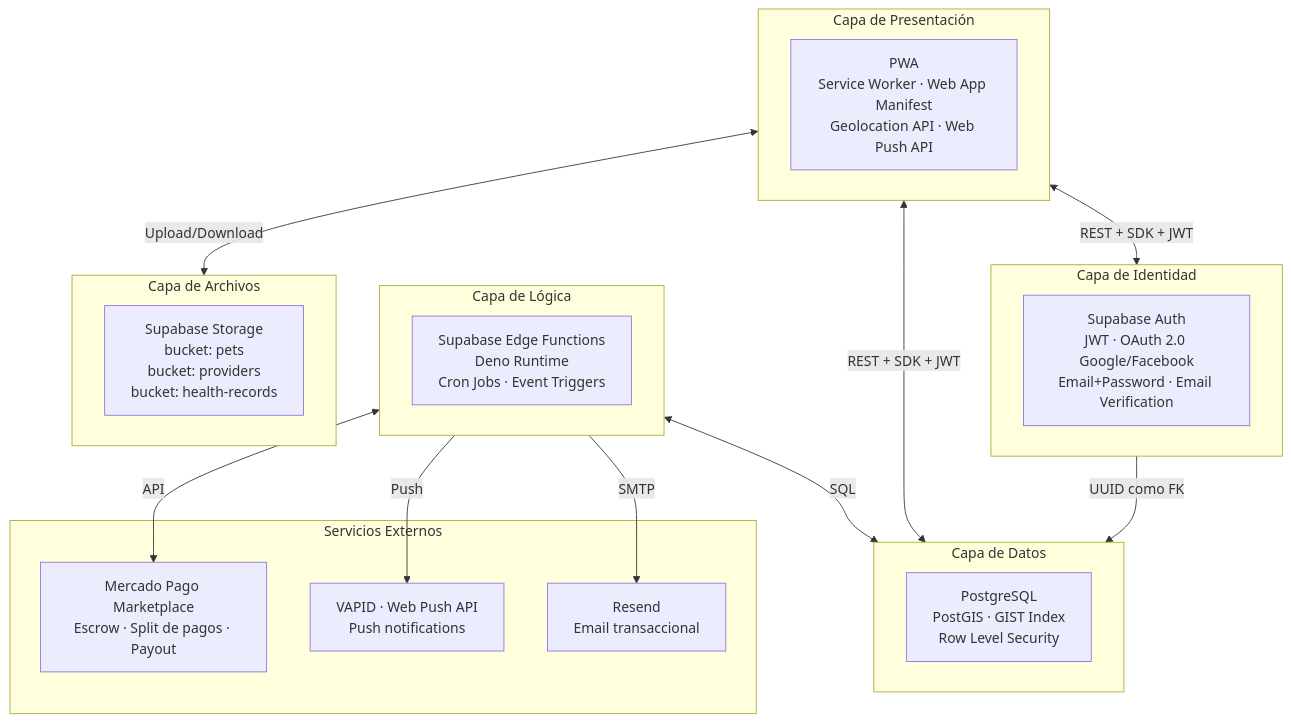
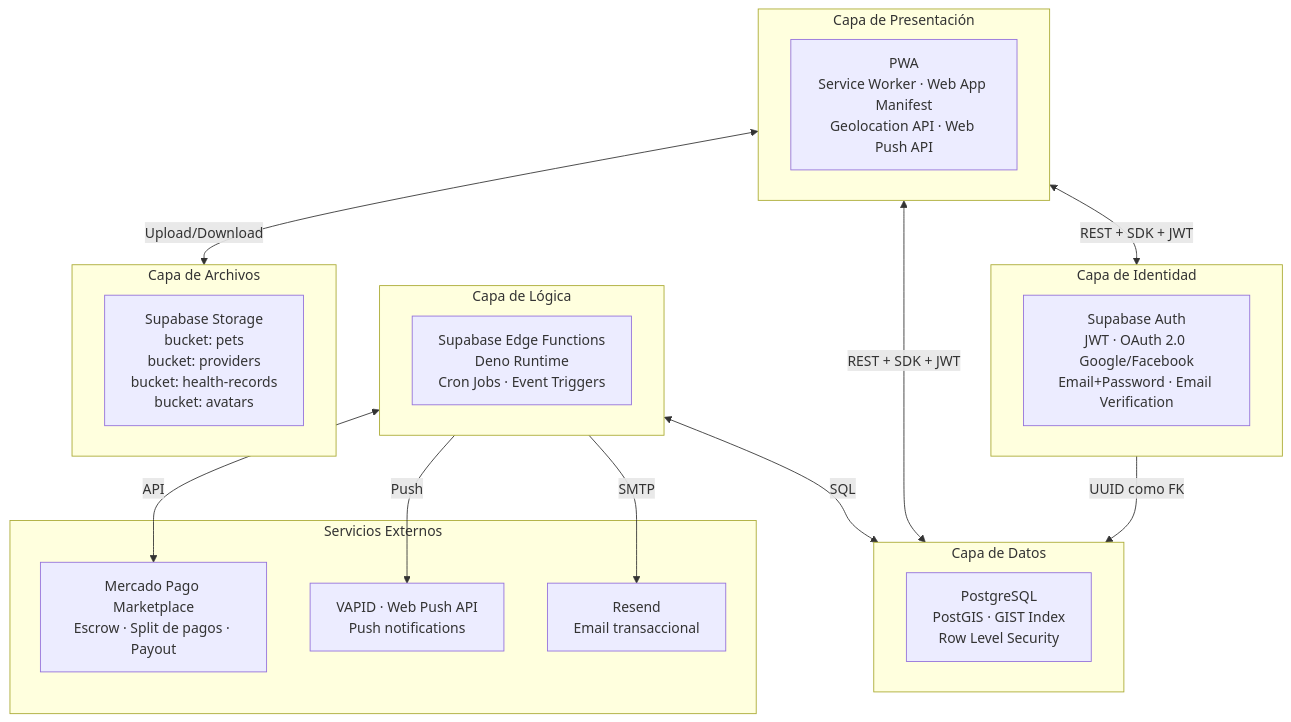
One commit to NachoGonzalezParks/Appatitas changed diagram 21 of 22 in docs/system-architecture.md. Above: the diagram before and after it, drawn with Mermaid. The commit also changed other lines of this file and 21 other files, not shown here.

````diff
--- a/docs/system-architecture.md
+++ b/docs/system-architecture.md
@@ -735,37 +782,37 @@
 ```mermaid
 graph TB
     subgraph L1["Capa de Presentación"]
         PWA["PWA\nService Worker · Web App Manifest\nGeolocation API · Web Push API"]
     end
 
     subgraph L2["Capa de Identidad"]
         SBAUTH["Supabase Auth\nJWT · OAuth 2.0 Google/Facebook\nEmail+Password · Email Verification"]
     end
 
     subgraph L3["Capa de Lógica"]
         EDF["Supabase Edge Functions\nDeno Runtime\nCron Jobs · Event Triggers"]
     end
 
     subgraph L4["Capa de Datos"]
         PG["PostgreSQL\nPostGIS · GIST Index\nRow Level Security"]
     end
 
     subgraph L5["Capa de Archivos"]
-        STOR["Supabase Storage\nbucket: pets\nbucket: providers\nbucket: health-records"]
+        STOR["Supabase Storage\nbucket: pets\nbucket: providers\nbucket: health-records\nbucket: avatars"]
     end
 
     subgraph L6["Servicios Externos"]
         MP["Mercado Pago Marketplace\nEscrow · Split de pagos · Payout"]
         RS["Resend\nEmail transaccional"]
         VAPID["VAPID · Web Push API\nPush notifications"]
     end
 
     L1 <-->|REST + SDK + JWT| L2
     L1 <-->|REST + SDK + JWT| L4
     L1 <-->|Upload/Download| L5
     L3 <-->|SQL| L4
     L3 -->|SMTP| RS
     L3 -->|Push| VAPID
     L3 <-->|API| MP
     L2 -->|UUID como FK| L4
 ```
````
